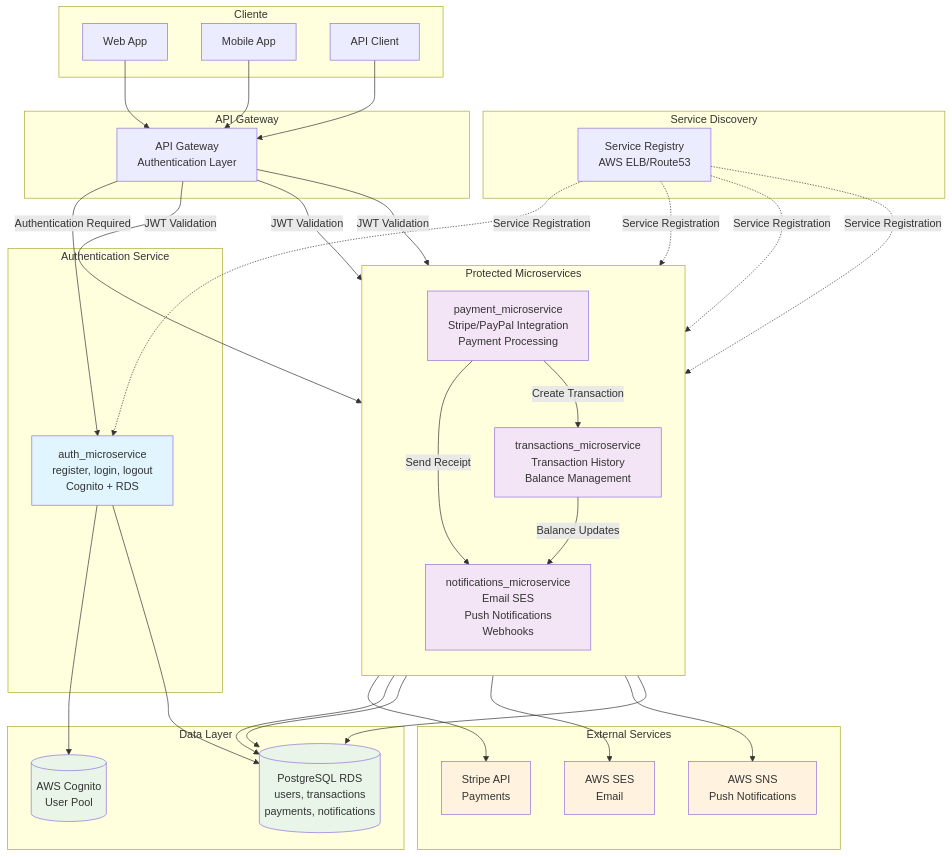
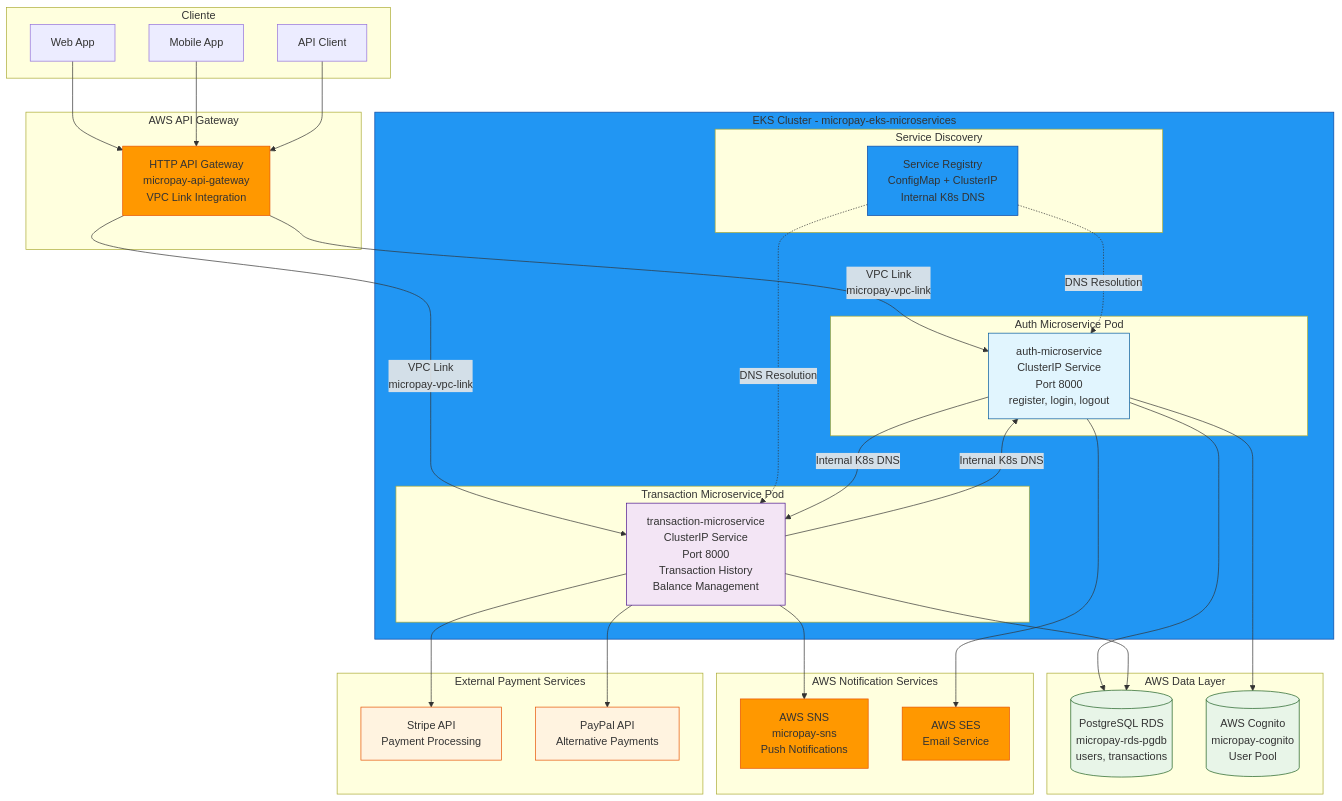
Before and after one commit to TheNefelin/AWS_Payment_Microservices_Python: the diagram in README.md, drawn with Mermaid. The commit also changed other lines of this file, not shown here.

````diff
--- a/README.md
+++ b/README.md
@@ -41,36 +41,37 @@
     API_CLIENT[API Client]
   end
 
-  subgraph Discovery["Service Discovery"]
-    SD[Service Registry<br/>AWS ELB/Route53]
+  subgraph AWS_APIGW["AWS API Gateway"]
+    APIGW[HTTP API Gateway<br/>micropay-api-gateway<br/>VPC Link Integration]
   end
 
-  subgraph Gateway["API Gateway"]
-    APIGW[API Gateway<br/>Authentication Layer]
+  subgraph EKS_Cluster["EKS Cluster - micropay-eks-microservices"]
+    subgraph Discovery["Service Discovery"]
+      SD[Service Registry<br/>ConfigMap + ClusterIP<br/>Internal K8s DNS]
+    end
+    
+    subgraph Auth_Service["Auth Microservice Pod"]
+      AUTH[auth-microservice<br/>ClusterIP Service<br/>Port 8000<br/>register, login, logout]
+    end
+    
+    subgraph Transaction_Service["Transaction Microservice Pod"]
+      TRANSACTION[transaction-microservice<br/>ClusterIP Service<br/>Port 8000<br/>Transaction History<br/>Balance Management]
+    end
   end
 
-  subgraph Auth["Authentication Service"]
-    AUTH[auth_microservice<br/>register, login, logout<br/>Cognito + RDS]
+  subgraph AWS_Data["AWS Data Layer"]
+    RDS[(PostgreSQL RDS<br/>micropay-rds-pgdb<br/>users, transactions)]
+    COGNITO[(AWS Cognito<br/>micropay-cognito<br/>User Pool)]
   end
 
-  subgraph Services["Protected Microservices"]
-    direction TB
-    PAYMENT[payment_microservice<br/>Stripe/PayPal Integration<br/>Payment Processing]
-    
-    TRANSACTION[transactions_microservice<br/>Transaction History<br/>Balance Management]
-    
-    NOTIFICATION[notifications_microservice<br/>Email SES<br/>Push Notifications<br/>Webhooks]
+  subgraph AWS_Notifications["AWS Notification Services"]
+    SNS[AWS SNS<br/>micropay-sns<br/>Push Notifications]
+    SES[AWS SES<br/>Email Service]
   end
 
-  subgraph Data["Data Layer"]
-    RDS[(PostgreSQL RDS<br/>users, transactions<br/>payments, notifications)]
-    COGNITO[(AWS Cognito<br/>User Pool)]
-  end
-
-  subgraph External["External Services"]
-    SES[AWS SES<br/>Email]
-    SNS[AWS SNS<br/>Push Notifications]
-    STRIPE[Stripe API<br/>Payments]
+  subgraph External["External Payment Services"]
+    STRIPE[Stripe API<br/>Payment Processing]
+    PAYPAL[PayPal API<br/>Alternative Payments]
   end
 
   %% Client connections
@@ -78,42 +79,39 @@
   MOBILE --> APIGW
   API_CLIENT --> APIGW
 
-  %% Service Discovery
-  SD -.->|Service Registration| AUTH
-  SD -.->|Service Registration| PAYMENT
-  SD -.->|Service Registration| TRANSACTION
-  SD -.->|Service Registration| NOTIFICATION
+  %% API Gateway to EKS through VPC Link
+  APIGW -->|VPC Link<br/>micropay-vpc-link| AUTH
+  APIGW -->|VPC Link<br/>micropay-vpc-link| TRANSACTION
 
-  %% API Gateway routing
-  APIGW -->|Authentication Required| AUTH
-  APIGW -->|JWT Validation| PAYMENT
-  APIGW -->|JWT Validation| TRANSACTION
-  APIGW -->|JWT Validation| NOTIFICATION
+  %% Internal Service Discovery
+  SD -.->|DNS Resolution| AUTH
+  SD -.->|DNS Resolution| TRANSACTION
 
-  %% Service interactions
+  %% Service interactions within cluster
+  AUTH -->|Internal K8s DNS| TRANSACTION
+  TRANSACTION -->|Internal K8s DNS| AUTH
+
+  %% External connections from EKS
   AUTH --> COGNITO
   AUTH --> RDS
-  
-  PAYMENT -->|Create Transaction| TRANSACTION
-  PAYMENT -->|Send Receipt| NOTIFICATION
-  PAYMENT --> STRIPE
-  PAYMENT --> RDS
-  
-  TRANSACTION -->|Balance Updates| NOTIFICATION
   TRANSACTION --> RDS
-  
-  NOTIFICATION --> SES
-  NOTIFICATION --> SNS
-  NOTIFICATION --> RDS
+  TRANSACTION --> SNS
+  AUTH --> SES
+  TRANSACTION --> STRIPE
+  TRANSACTION --> PAYPAL
 
   %% Styling
-  classDef auth fill:#e1f5fe
-  classDef service fill:#f3e5f5
-  classDef data fill:#e8f5e8
-  classDef external fill:#fff3e0
+  classDef auth fill:#e1f5fe,stroke:#01579b
+  classDef service fill:#f3e5f5,stroke:#4a148c
+  classDef data fill:#e8f5e8,stroke:#1b5e20
+  classDef external fill:#fff3e0,stroke:#e65100
+  classDef aws fill:#ff9800,stroke:#e65100
+  classDef eks fill:#2196f3,stroke:#0d47a1
   
   class AUTH auth
-  class PAYMENT,TRANSACTION,NOTIFICATION service
+  class TRANSACTION service
   class RDS,COGNITO data
-  class SES,SNS,STRIPE external
+  class STRIPE,PAYPAL external
+  class APIGW,SNS,SES aws
+  class SD,EKS_Cluster eks
 ```
````
